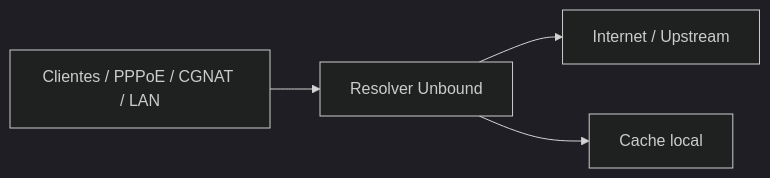
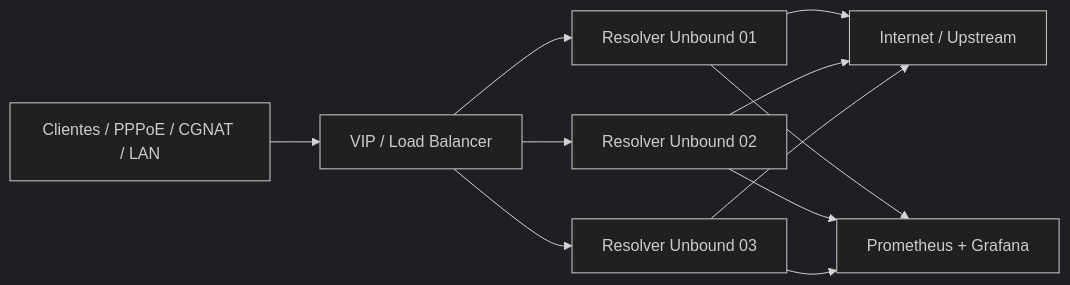
One commit to wbsuporte/wbsuporte-dns changed the diagram in README.md. Above: the diagram before and after it, drawn with Mermaid (dark theme). The commit also changed other lines of this file, not shown here.

````diff
--- a/README.md
+++ b/README.md
@@ -30,6 +42,13 @@
 ```mermaid
 flowchart LR
-    C[Clientes / PPPoE / CGNAT / LAN] --> R[Resolver Unbound]
-    R --> U[Internet / Upstream]
-    R --> A[Cache local]
+    C[Clientes / PPPoE / CGNAT / LAN] --> LB[VIP / Load Balancer]
+    LB --> R1[Resolver Unbound 01]
+    LB --> R2[Resolver Unbound 02]
+    LB --> R3[Resolver Unbound 03]
+    R1 --> U[Internet / Upstream]
+    R2 --> U
+    R3 --> U
+    R1 --> M[Prometheus + Grafana]
+    R2 --> M
+    R3 --> M
 ```
````
